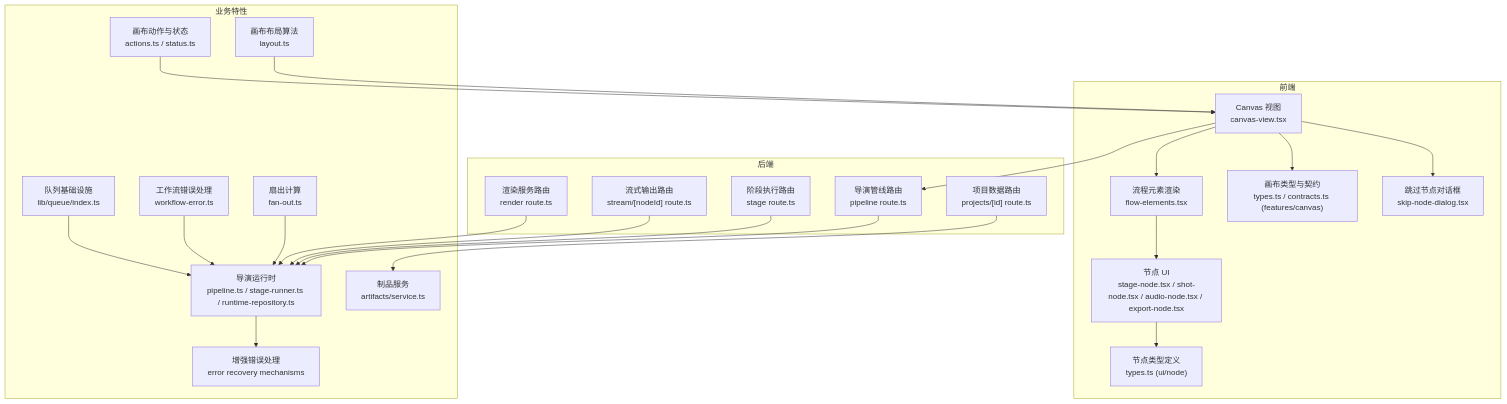
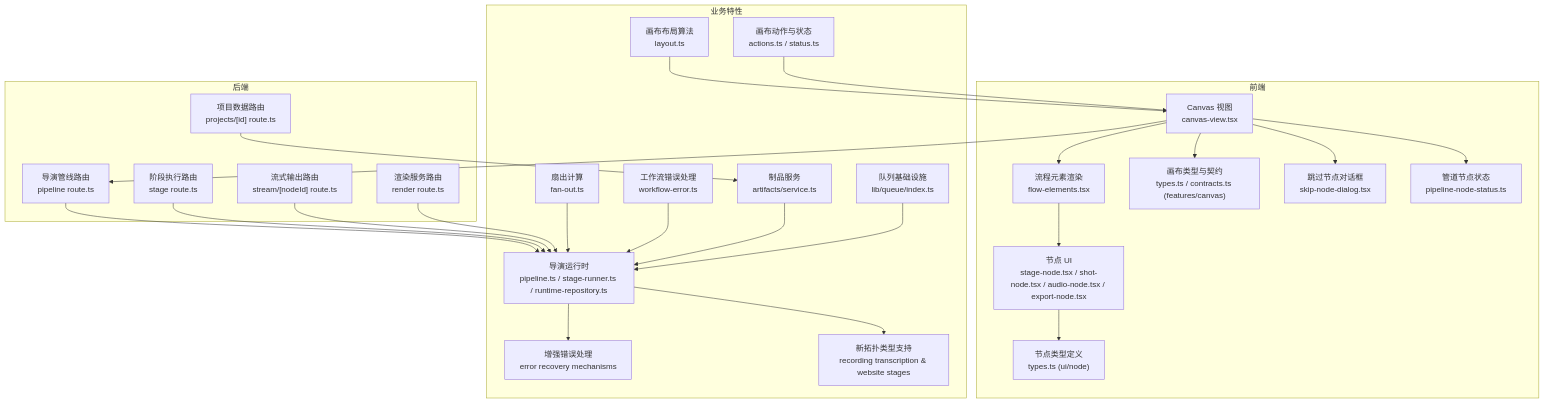
The first of 16 diagrams in .qoder/repowiki/zh/content/画布编辑器/画布编辑器.md (scottcwy/PurpleInk), drawn with Mermaid before and after one commit. The commit also changed other lines of this file and 29 other files, not shown here.

````diff
--- a/.qoder/repowiki/zh/content/画布编辑器/画布编辑器.md
+++ b/.qoder/repowiki/zh/content/画布编辑器/画布编辑器.md
@@ -65,45 +67,50 @@
 ```mermaid
 graph TB
 subgraph "前端"
 A["Canvas 视图<br/>canvas-view.tsx"]
 B["流程元素渲染<br/>flow-elements.tsx"]
 C["节点 UI<br/>stage-node.tsx / shot-node.tsx / audio-node.tsx / export-node.tsx"]
 D["节点类型定义<br/>types.ts (ui/node)"]
 E["画布类型与契约<br/>types.ts / contracts.ts (features/canvas)"]
 F["跳过节点对话框<br/>skip-node-dialog.tsx"]
+G["管道节点状态<br/>pipeline-node-status.ts"]
 end
 subgraph "后端"
-G["导演管线路由<br/>pipeline route.ts"]
-H["阶段执行路由<br/>stage route.ts"]
-I["流式输出路由<br/>stream/[nodeId] route.ts"]
-J["项目数据路由<br/>projects/[id] route.ts"]
-K["渲染服务路由<br/>render route.ts"]
+H["导演管线路由<br/>pipeline route.ts"]
+I["阶段执行路由<br/>stage route.ts"]
+J["流式输出路由<br/>stream/[nodeId] route.ts"]
+K["项目数据路由<br/>projects/[id] route.ts"]
+L["渲染服务路由<br/>render route.ts"]
 end
 subgraph "业务特性"
-L["画布布局算法<br/>layout.ts"]
-M["画布动作与状态<br/>actions.ts / status.ts"]
-N["扇出计算<br/>fan-out.ts"]
-O["工作流错误处理<br/>workflow-error.ts"]
-P["导演运行时<br/>pipeline.ts / stage-runner.ts / runtime-repository.ts"]
-Q["制品服务<br/>artifacts/service.ts"]
-R["队列基础设施<br/>lib/queue/index.ts"]
-S["增强错误处理<br/>error recovery mechanisms"]
+M["画布布局算法<br/>layout.ts"]
+N["画布动作与状态<br/>actions.ts / status.ts"]
+O["扇出计算<br/>fan-out.ts"]
+P["工作流错误处理<br/>workflow-error.ts"]
+Q["导演运行时<br/>pipeline.ts / stage-runner.ts / runtime-repository.ts"]
+R["制品服务<br/>artifacts/service.ts"]
+S["队列基础设施<br/>lib/queue/index.ts"]
+T["增强错误处理<br/>error recovery mechanisms"]
+U["新拓扑类型支持<br/>recording transcription & website stages"]
 end
 A --> B
 B --> C
 C --> D
 A --> E
 A --> F
 A --> G
-G --> P
-H --> P
-I --> P
+A --> H
+H --> Q
+I --> Q
 J --> Q
-K --> P
-L --> A
+K --> R
+L --> Q
 M --> A
-N --> P
-O --> P
-P --> S
-R --> P
+N --> A
+O --> Q
+P --> Q
+Q --> T
+R --> Q
+S --> Q
+Q --> U
 ```
````
